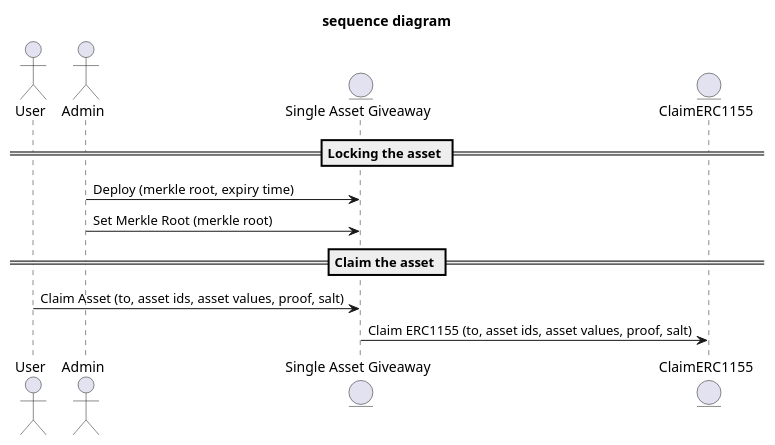
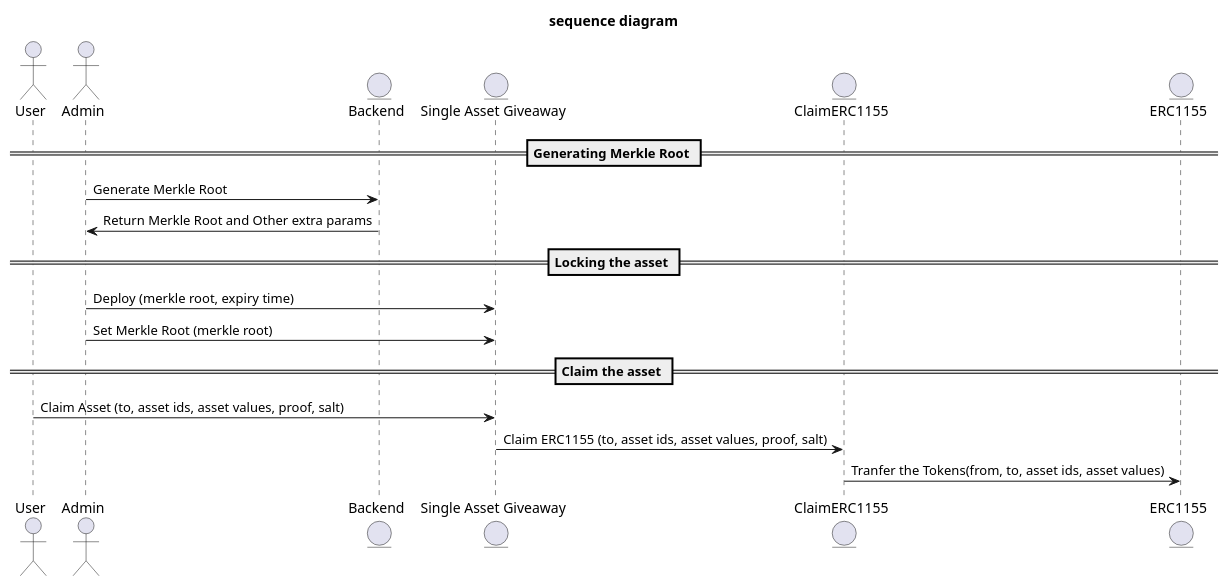
Before and after one commit to thesandboxgame/sandbox-smart-contracts: the first of 2 diagrams in docs/topics/asset/giveaway/single.md, drawn with PlantUML. The commit also changed other lines of this file and 1 other file, not shown here.

````diff
--- a/docs/topics/asset/giveaway/single.md
+++ b/docs/topics/asset/giveaway/single.md
@@ -26,16 +18,23 @@
 ```plantuml
 title sequence diagram
 
 actor User
 actor Admin
+entity Backend
 entity "Single Asset Giveaway"
 entity ClaimERC1155
+entity ERC1155
+
+== Generating Merkle Root ==
+Admin -> Backend : Generate Merkle Root
+Backend -> Admin: Return Merkle Root and Other extra params
 
 == Locking the asset ==
 Admin -> "Single Asset Giveaway": Deploy (merkle root, expiry time)
 Admin -> "Single Asset Giveaway": Set Merkle Root (merkle root)
 
 == Claim the asset ==
 User -> "Single Asset Giveaway": Claim Asset (to, asset ids, asset values, proof, salt)
 "Single Asset Giveaway" -> ClaimERC1155: Claim ERC1155 (to, asset ids, asset values, proof, salt)
+ClaimERC1155 -> ERC1155: Tranfer the Tokens(from, to, asset ids, asset values)
 ```
````
